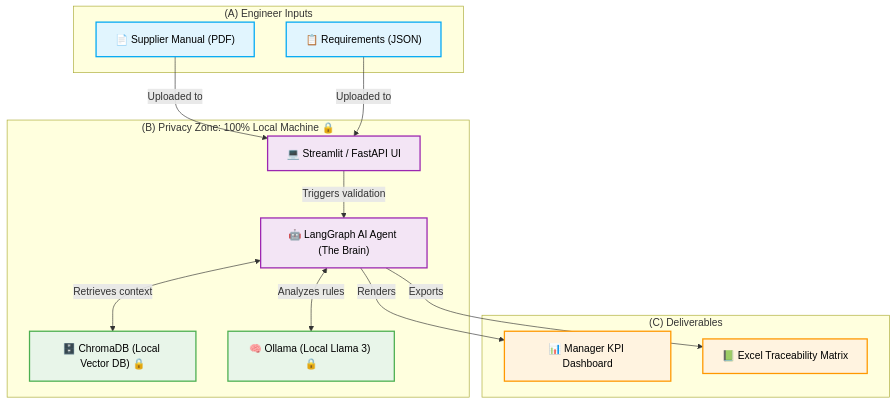
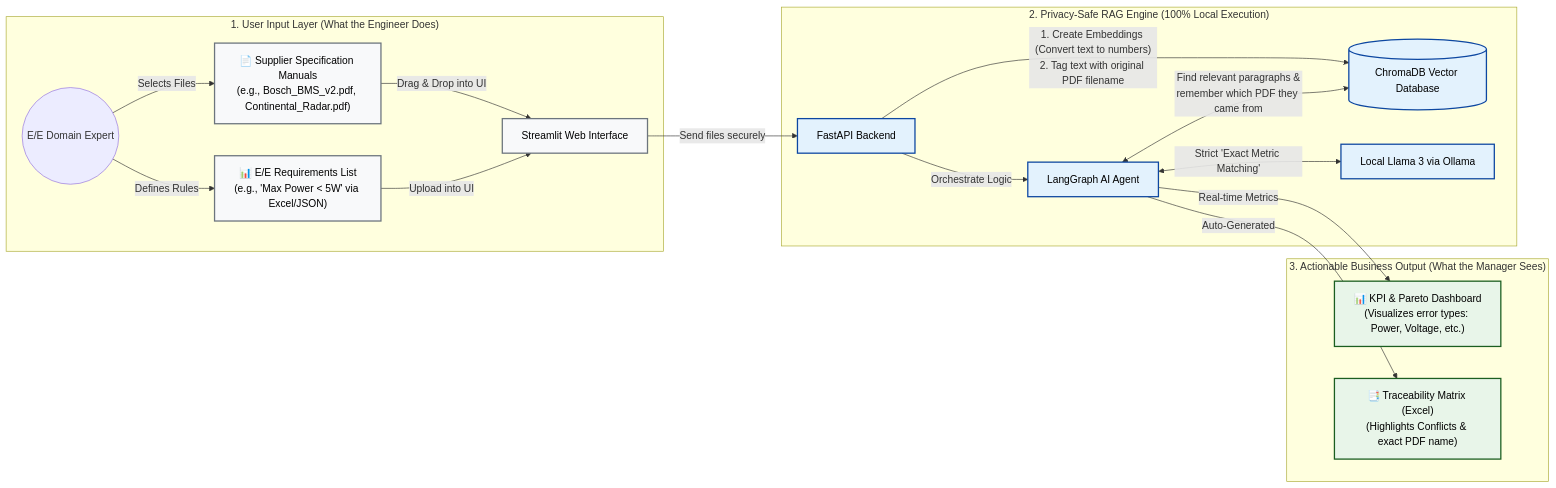
Before and after one commit to Muhammad-Zakii/ee-traceability-agent: the diagram in README.md, drawn with Mermaid.

Commit message:
Update flowchart for user input and output process

````diff
--- a/README.md
+++ b/README.md
@@ -24,34 +24,40 @@
 ```mermaid
-graph TD
-    %% Styling
-    classDef input fill:#e1f5fe,stroke:#03a9f4,stroke-width:2px,color:#000
-    classDef privacy fill:#e8f5e9,stroke:#4caf50,stroke-width:2px,color:#000
-    classDef output fill:#fff3e0,stroke:#ff9800,stroke-width:2px,color:#000
-    classDef agent fill:#f3e5f5,stroke:#9c27b0,stroke-width:2px,color:#000
-
-    subgraph Input ["(A) Engineer Inputs"]
-        PDF["📄 Supplier Manual (PDF)"]:::input
-        REQ["📋 Requirements (JSON)"]:::input
+graph LR
+    subgraph "1. User Input Layer (What the Engineer Does)"
+        User((E/E Domain Expert))
+        
+        Specs["📄 Supplier Specification Manuals<br/>(e.g., Bosch_BMS_v2.pdf, Continental_Radar.pdf)"]
+        Reqs["📊 E/E Requirements List<br/>(e.g., 'Max Power < 5W' via Excel/JSON)"]
+        
+        User -->|Selects Files| Specs
+        User -->|Defines Rules| Reqs
+        
+        Specs -->|Drag & Drop into UI| UI[Streamlit Web Interface]
+        Reqs -->|Upload into UI| UI
     end
 
-    subgraph LocalZone ["(B) Privacy Zone: 100% Local Machine 🔒"]
-        UI["💻 Streamlit / FastAPI UI"]:::agent
-        Agent["🤖 LangGraph AI Agent (The Brain)"]:::agent
-        DB["🗄️ ChromaDB (Local Vector DB) 🔒"]:::privacy
-        LLM["🧠 Ollama (Local Llama 3) 🔒"]:::privacy
-
-        UI -->|Triggers validation| Agent
-        Agent <-->|Retrieves context| DB
-        Agent <-->|Analyzes rules| LLM
+    subgraph "2. Privacy-Safe RAG Engine (100% Local Execution)"
+        UI -->|Send files securely| API[FastAPI Backend]
+        
+        API -->|"1. Create Embeddings (Convert text to numbers)<br/>2. Tag text with original PDF filename"| DB[(ChromaDB Vector Database)]
+        
+        API -->|Orchestrate Logic| Agent[LangGraph AI Agent]
+        
+        Agent <-->|"Find relevant paragraphs &<br/>remember which PDF they came from"| DB
+        Agent <-->|Strict 'Exact Metric Matching'| LLM[Local Llama 3 via Ollama]
     end
 
-    subgraph Output ["(C) Deliverables"]
-        Dash["📊 Manager KPI Dashboard"]:::output
-        Excel["📗 Excel Traceability Matrix"]:::output
+    subgraph "3. Actionable Business Output (What the Manager Sees)"
+        Agent -->|Real-time Metrics| Dash["📊 KPI & Pareto Dashboard<br/>(Visualizes error types: Power, Voltage, etc.)"]
+        Agent -->|Auto-Generated| Excel["📑 Traceability Matrix (Excel)<br/>(Highlights Conflicts & exact PDF name)"]
     end
 
-    PDF -->|Uploaded to| UI
-    REQ -->|Uploaded to| UI
-    Agent -->|Renders| Dash
-    Agent -->|Exports| Excel
+    %% Styling to make it look professional
+    classDef inputLayer fill:#f8f9fa,stroke:#6c757d,stroke-width:2px,color:#000;
+    classDef coreLayer fill:#e3f2fd,stroke:#0d47a1,stroke-width:2px,color:#000;
+    classDef outputLayer fill:#e8f5e9,stroke:#1b5e20,stroke-width:2px,color:#000;
+
+    class UI,Specs,Reqs inputLayer;
+    class API,DB,Agent,LLM coreLayer;
+    class Dash,Excel outputLayer;
 ```
````
